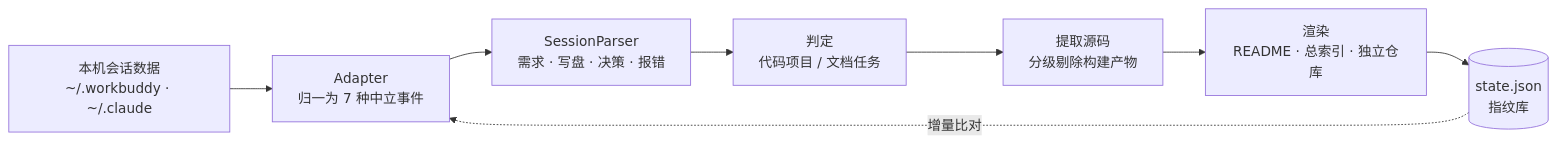
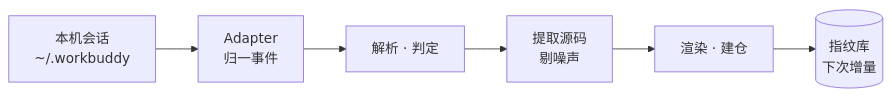
The first of 2 diagrams in README.md (winrich/dev-project-archivist), drawn with Mermaid before and after one commit. The commit also changed other lines of this file and 1 other file, not shown here.

First line of the commit message:
docs: 精修两张 mermaid 图，消除断字与错位

````diff
--- a/README.md
+++ b/README.md
@@ -104,10 +104,4 @@
 ```mermaid
 flowchart LR
-  A["本机会话数据<br/>~/.workbuddy · ~/.claude"] --> B["Adapter<br/>归一为 7 种中立事件"]
-  B --> C["SessionParser<br/>需求 · 写盘 · 决策 · 报错"]
-  C --> D["判定<br/>代码项目 / 文档任务"]
-  D --> E["提取源码<br/>分级剔除构建产物"]
-  E --> F["渲染<br/>README · 总索引 · 独立仓库"]
-  F --> G[("state.json<br/>指纹库")]
-  G -. 增量比对 .-> B
+  A["本机会话<br/>~/.workbuddy"] --> B["Adapter<br/>归一事件"] --> C["解析 · 判定"] --> D["提取源码<br/>剔噪声"] --> E["渲染 · 建仓"] --> G[("指纹库<br/>下次增量")]
 ```
````
